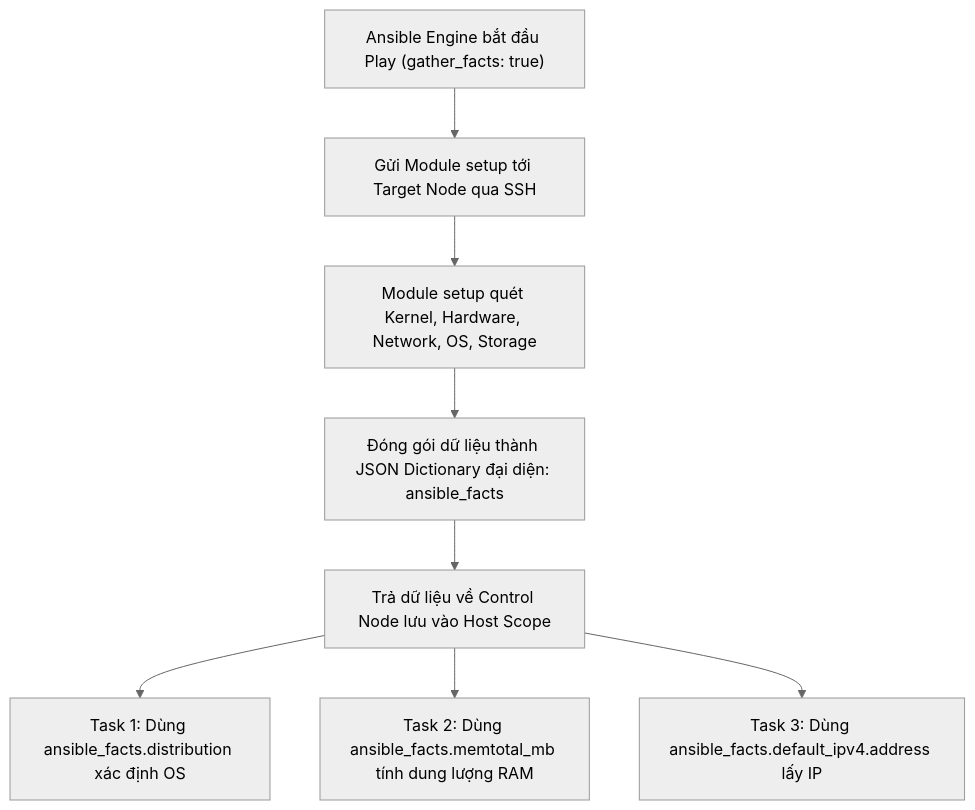
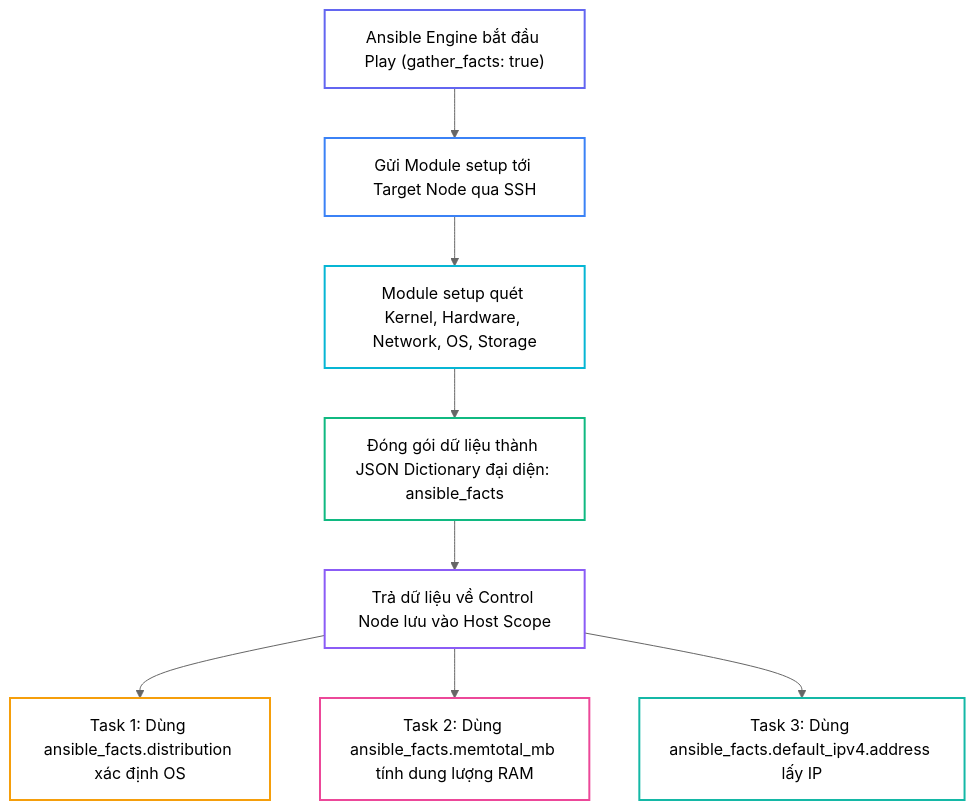
Before and after one commit to kiennt308/ntk: the first of 3 diagrams in _posts/2026-09-13-ansible-08-08-facts.md, drawn with Mermaid (neutral theme). The commit also changed other lines of this file and 30 other files, not shown here.

````diff
--- a/_posts/2026-09-13-ansible-08-08-facts.md
+++ b/_posts/2026-09-13-ansible-08-08-facts.md
@@ -82,11 +82,20 @@
 ```mermaid
 graph TD
     A["Ansible Engine bắt đầu Play (gather_facts: true)"] --> B["Gửi Module setup tới Target Node qua SSH"]
     B --> C["Module setup quét Kernel, Hardware, Network, OS, Storage"]
     C --> D["Đóng gói dữ liệu thành JSON Dictionary đại diện: ansible_facts"]
     D --> E["Trả dữ liệu về Control Node lưu vào Host Scope"]
     
     E --> F["Task 1: Dùng ansible_facts.distribution xác định OS"]
     E --> G["Task 2: Dùng ansible_facts.memtotal_mb tính dung lượng RAM"]
     E --> H["Task 3: Dùng ansible_facts.default_ipv4.address lấy IP"]
+
+    style A fill:none,stroke:#6366f1,stroke-width:2px
+    style B fill:none,stroke:#3b82f6,stroke-width:2px
+    style C fill:none,stroke:#06b6d4,stroke-width:2px
+    style D fill:none,stroke:#10b981,stroke-width:2px
+    style E fill:none,stroke:#8b5cf6,stroke-width:2px
+    style F fill:none,stroke:#f59e0b,stroke-width:2px
+    style G fill:none,stroke:#ec4899,stroke-width:2px
+    style H fill:none,stroke:#14b8a6,stroke-width:2px
 ```
````
